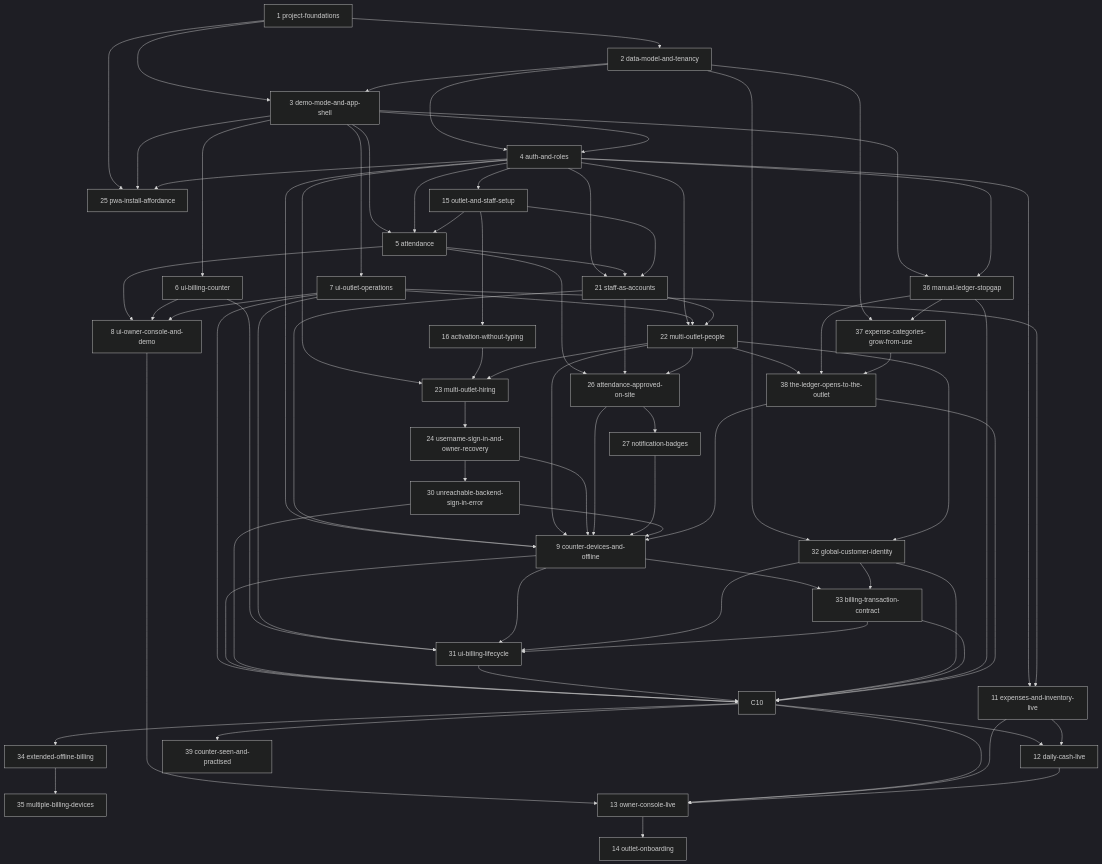
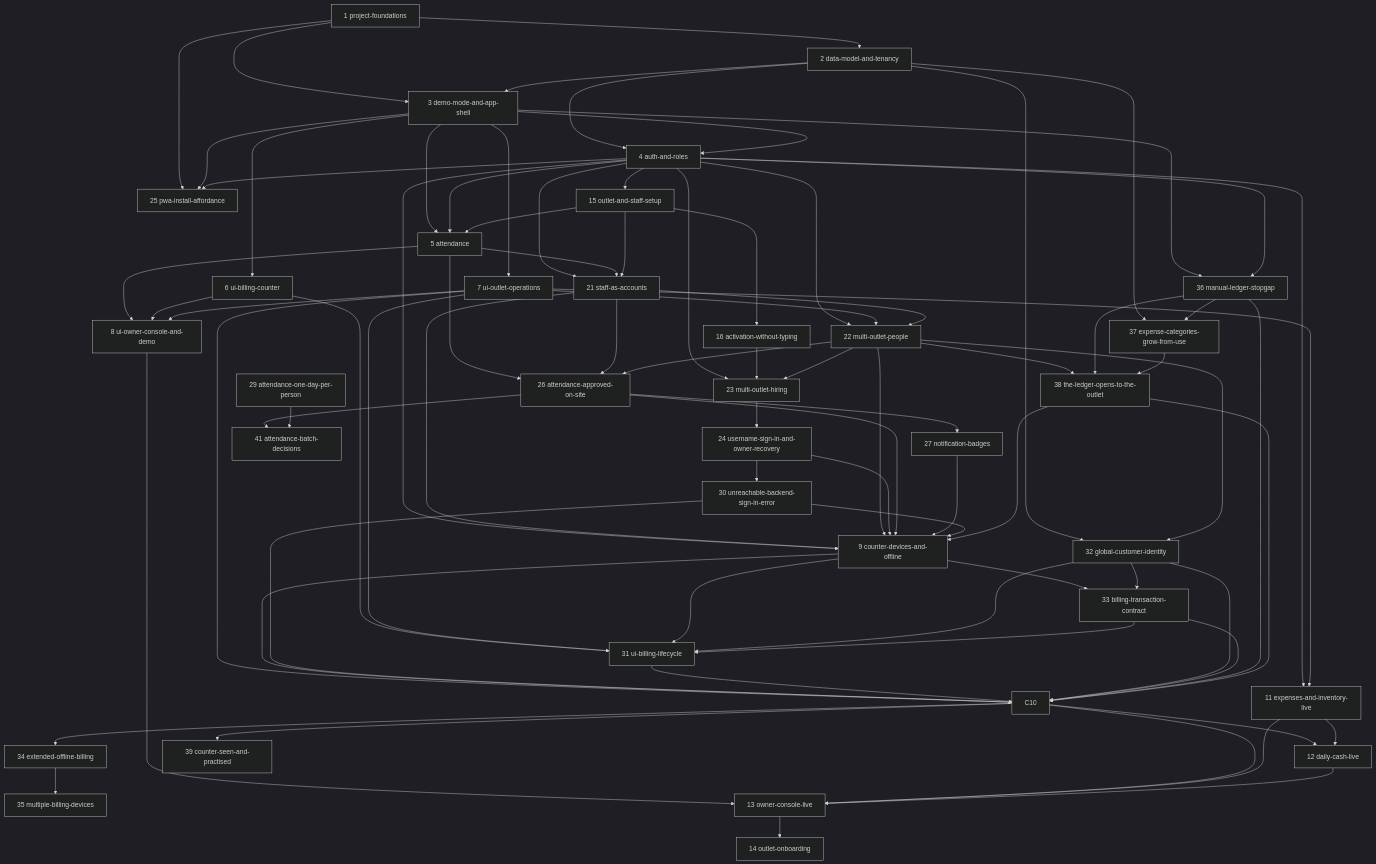
The diagram in openspec/changes/ROADMAP.md (abdatta/shawarmania-ops), drawn with Mermaid (dark theme) before and after one commit. The commit also changed other lines of this file and 2 other files, not shown here.

First line of the commit message:
Seed attendance-batch-decisions (#41): deliberate selections settle atomically

````diff
--- a/openspec/changes/ROADMAP.md
+++ b/openspec/changes/ROADMAP.md
@@ -162,80 +164,82 @@
 ```mermaid
 graph TD
     C1[1 project-foundations] --> C2[2 data-model-and-tenancy]
     C1 --> C3[3 demo-mode-and-app-shell]
     C2 --> C3
     C2 --> C4[4 auth-and-roles]
     C3 --> C4
     C1 --> C25[25 pwa-install-affordance]
     C3 --> C25
     C4 --> C25
     C3 --> C5[5 attendance]
     C4 --> C5
     C4 --> C15[15 outlet-and-staff-setup]
     C15 --> C5
     C15 --> C16[16 activation-without-typing]
     C3 --> C6[6 ui-billing-counter]
     C3 --> C7[7 ui-outlet-operations]
     C5 --> C8[8 ui-owner-console-and-demo]
     C6 --> C8
     C7 --> C8
     C4 --> C21[21 staff-as-accounts]
     C5 --> C21
     C15 --> C21
     C4 --> C22[22 multi-outlet-people]
     C7 --> C22
     C21 --> C22
     C4 --> C23[23 multi-outlet-hiring]
     C16 --> C23
     C22 --> C23
     C23 --> C24[24 username-sign-in-and-owner-recovery]
     C5 --> C26[26 attendance-approved-on-site]
     C21 --> C26
     C22 --> C26
     C26 --> C27[27 notification-badges]
+    C26 --> C41[41 attendance-batch-decisions]
+    C29[29 attendance-one-day-per-person] --> C41
     C24 --> C30[30 unreachable-backend-sign-in-error]
     C2 --> C32[32 global-customer-identity]
     C22 --> C32
     C3 --> C36[36 manual-ledger-stopgap]
     C4 --> C36
     C2 --> C37[37 expense-categories-grow-from-use]
     C36 --> C37
     C22 --> C38[38 the-ledger-opens-to-the-outlet]
     C36 --> C38
     C37 --> C38
     C4 --> C9[9 counter-devices-and-offline]
     C21 --> C9
     C22 --> C9
     C24 --> C9
     C26 --> C9
     C27 --> C9
     C30 --> C9
     C38 --> C9
     C9 --> C33[33 billing-transaction-contract]
     C32 --> C33
     C6 --> C31[31 ui-billing-lifecycle]
     C7 --> C31
     C9 --> C31
     C32 --> C31
     C33 --> C31
     C7 --> C10
     C9 --> C10
     C30 --> C10
     C31 --> C10
     C32 --> C10
     C33 --> C10
     C36 --> C10
     C38 --> C10
     C10 --> C34[34 extended-offline-billing]
     C34 --> C35[35 multiple-billing-devices]
     C4 --> C11[11 expenses-and-inventory-live]
     C7 --> C11
     C10 --> C12[12 daily-cash-live]
     C11 --> C12
     C8 --> C13[13 owner-console-live]
     C10 --> C13
     C11 --> C13
     C12 --> C13
     C10 --> C39[39 counter-seen-and-practised]
     C13 --> C14[14 outlet-onboarding]
 ```
````
